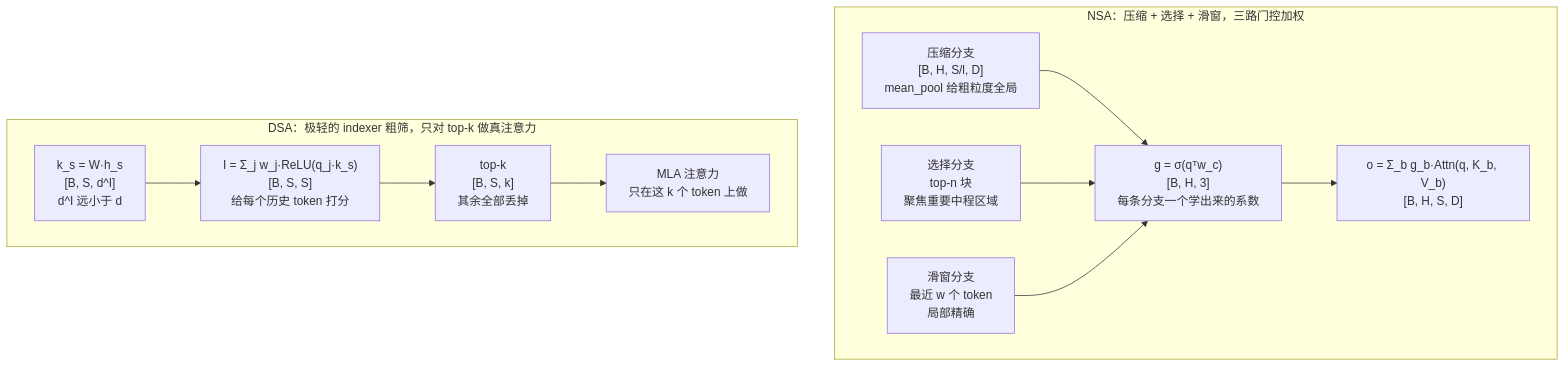
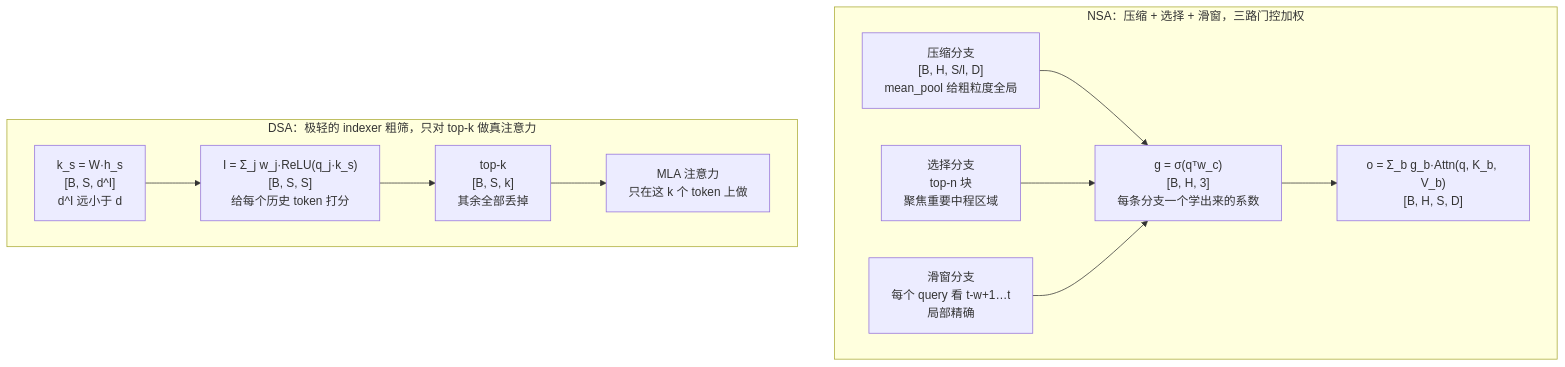
Before and after one commit to zeng-yirong/awesome-llm-interview-code: the diagram in docs/01-attention/sparse-attention.md, drawn with Mermaid. The commit also changed other lines of this file and 1 other file, not shown here.

First line of the commit message:
fix(sparse-attention): 滑窗分支切的是全局最后 w 个 key，不是每个 query 自己的窗口

````diff
--- a/docs/01-attention/sparse-attention.md
+++ b/docs/01-attention/sparse-attention.md
@@ -49,14 +49,14 @@
 ```mermaid
 flowchart TD
   subgraph NSA["NSA：压缩 + 选择 + 滑窗，三路门控加权"]
     direction LR
     cmp["压缩分支<br/>[B, H, S/l, D]<br/>mean_pool 给粗粒度全局"] --> g["g = σ(qᵀw_c)<br/>[B, H, 3]<br/>每条分支一个学出来的系数"]
     sel["选择分支<br/>top-n 块<br/>聚焦重要中程区域"] --> g
-    win["滑窗分支<br/>最近 w 个 token<br/>局部精确"] --> g
+    win["滑窗分支<br/>每个 query 看 t-w+1…t<br/>局部精确"] --> g
     g --> o1["o = Σ_b g_b·Attn(q, K_b, V_b)<br/>[B, H, S, D]"]
   end
   subgraph DSA["DSA：极轻的 indexer 粗筛，只对 top-k 做真注意力"]
     direction LR
     ks["k_s = W·h_s<br/>[B, S, d^I]<br/>d^I 远小于 d"] --> sc["I = Σ_j w_j·ReLU(q_j·k_s)<br/>[B, S, S]<br/>给每个历史 token 打分"] --> tk["top-k<br/>[B, S, k]<br/>其余全部丢掉"] --> att["MLA 注意力<br/>只在这 k 个 token 上做"]
   end
 ```
````
